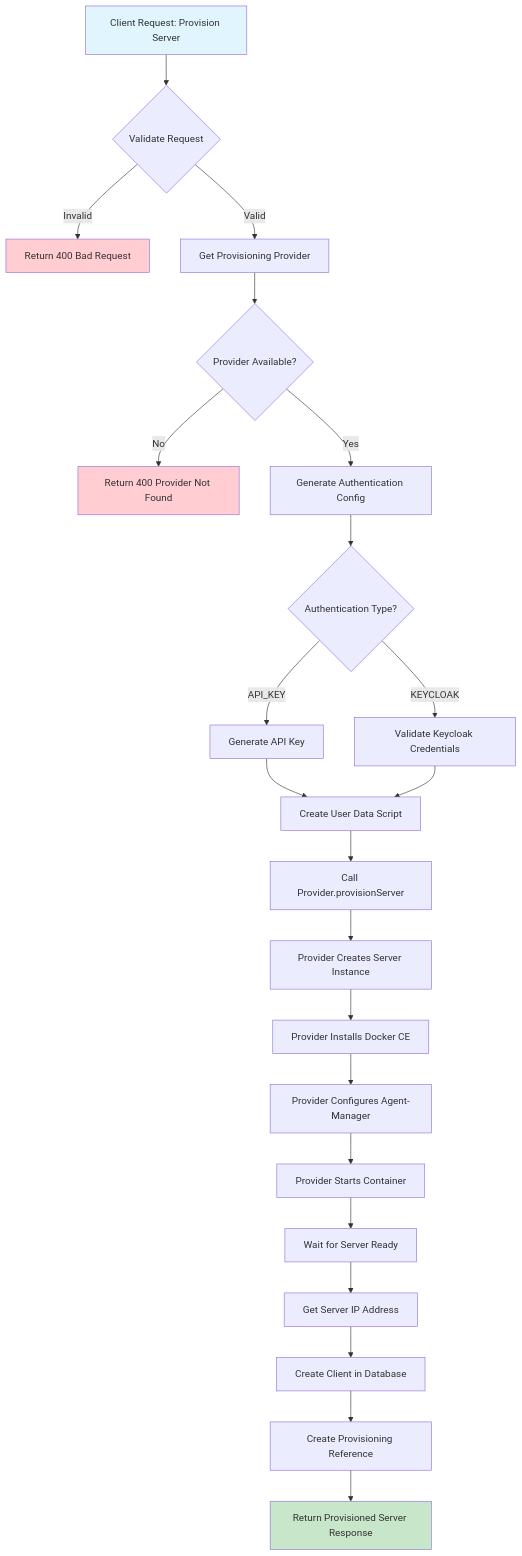
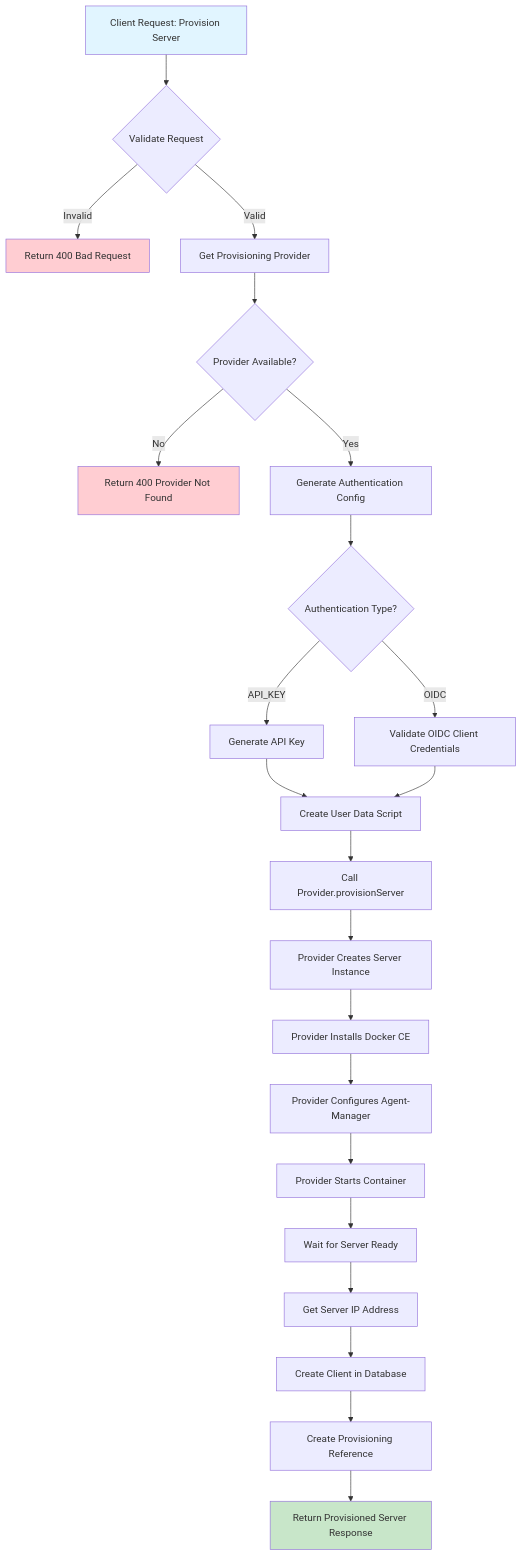
The diagram in libs/domains/agenstra/backend/feature-agent-controller/docs/provisioning-process.mmd (forepath/one), drawn with Mermaid before and after one commit. The commit also changed 402 other files, not shown here.

```diff
--- a/libs/domains/agenstra/backend/feature-agent-controller/docs/provisioning-process.mmd
+++ b/libs/domains/agenstra/backend/feature-agent-controller/docs/provisioning-process.mmd
@@ -1,27 +1,27 @@
 flowchart TD
     A[Client Request: Provision Server] --> B{Validate Request}
     B -->|Invalid| C[Return 400 Bad Request]
     B -->|Valid| D[Get Provisioning Provider]
     D --> E{Provider Available?}
     E -->|No| F[Return 400 Provider Not Found]
     E -->|Yes| G[Generate Authentication Config]
     G --> H{Authentication Type?}
     H -->|API_KEY| I[Generate API Key]
-    H -->|KEYCLOAK| J[Validate Keycloak Credentials]
+    H -->|OIDC| J[Validate OIDC Client Credentials]
     I --> K[Create User Data Script]
     J --> K
     K --> L[Call Provider.provisionServer]
     L --> M[Provider Creates Server Instance]
     M --> N[Provider Installs Docker CE]
     N --> O[Provider Configures Agent-Manager]
     O --> P[Provider Starts Container]
     P --> Q[Wait for Server Ready]
     Q --> R[Get Server IP Address]
     R --> S[Create Client in Database]
     S --> T[Create Provisioning Reference]
     T --> U[Return Provisioned Server Response]
 
     style A fill:#e1f5ff
     style U fill:#c8e6c9
     style C fill:#ffcdd2
     style F fill:#ffcdd2
```
